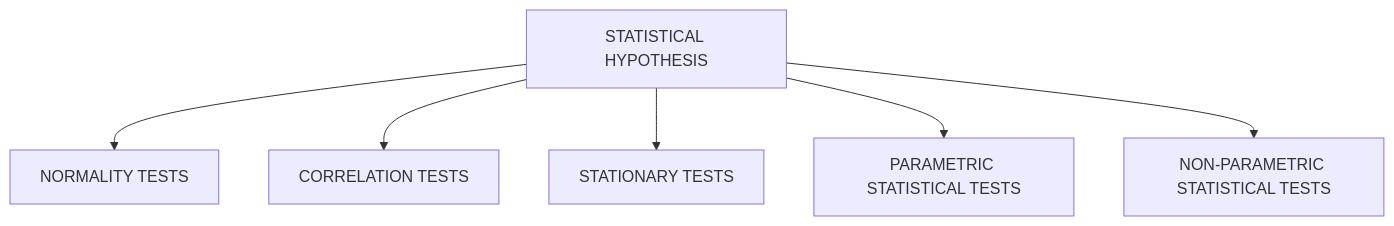
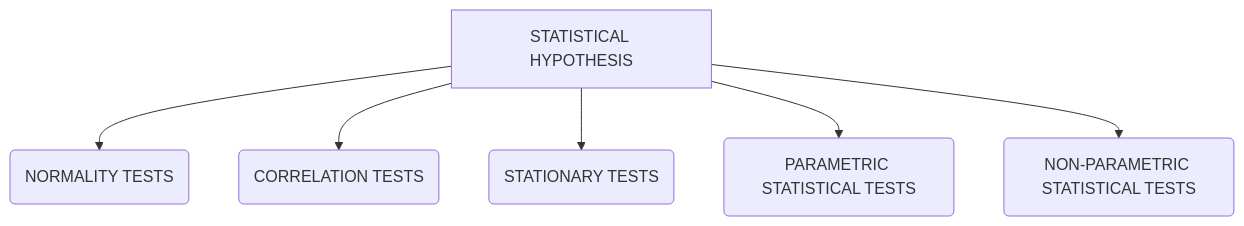
The first of 2 diagrams in README.md (dvamsidhar2002/Statistical-Hypothesis-Testing-with-Python), drawn with Mermaid before and after one commit. The commit also changed other lines of this file, not shown here.

````diff
--- a/README.md
+++ b/README.md
@@ -6,8 +6,8 @@
 ```mermaid
 flowchart TD
-A[STATISTICAL HYPOTHESIS] --> B[NORMALITY TESTS];
-A[STATISTICAL HYPOTHESIS] --> C[CORRELATION TESTS];
-A[STATISTICAL HYPOTHESIS] --> D[STATIONARY TESTS];
-A[STATISTICAL HYPOTHESIS] --> E[PARAMETRIC STATISTICAL TESTS];
-A[STATISTICAL HYPOTHESIS] --> F[NON-PARAMETRIC STATISTICAL TESTS];
+A[STATISTICAL HYPOTHESIS] --> B(NORMALITY TESTS);
+A[STATISTICAL HYPOTHESIS] --> C(CORRELATION TESTS);
+A[STATISTICAL HYPOTHESIS] --> D(STATIONARY TESTS);
+A[STATISTICAL HYPOTHESIS] --> E(PARAMETRIC STATISTICAL TESTS);
+A[STATISTICAL HYPOTHESIS] --> F(NON-PARAMETRIC STATISTICAL TESTS);
 ```
````
